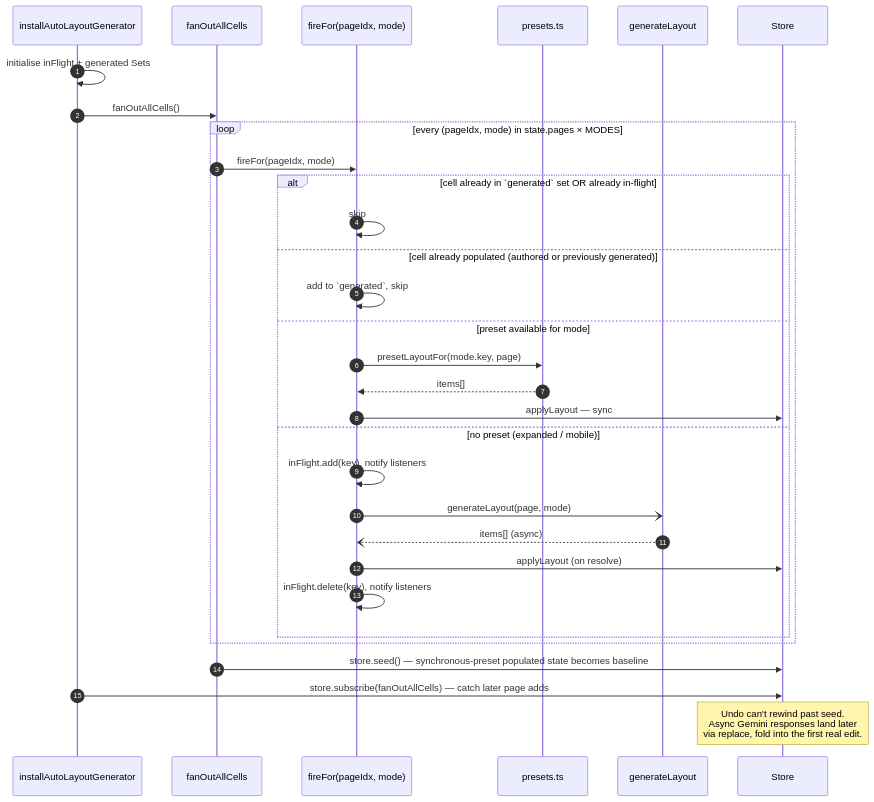
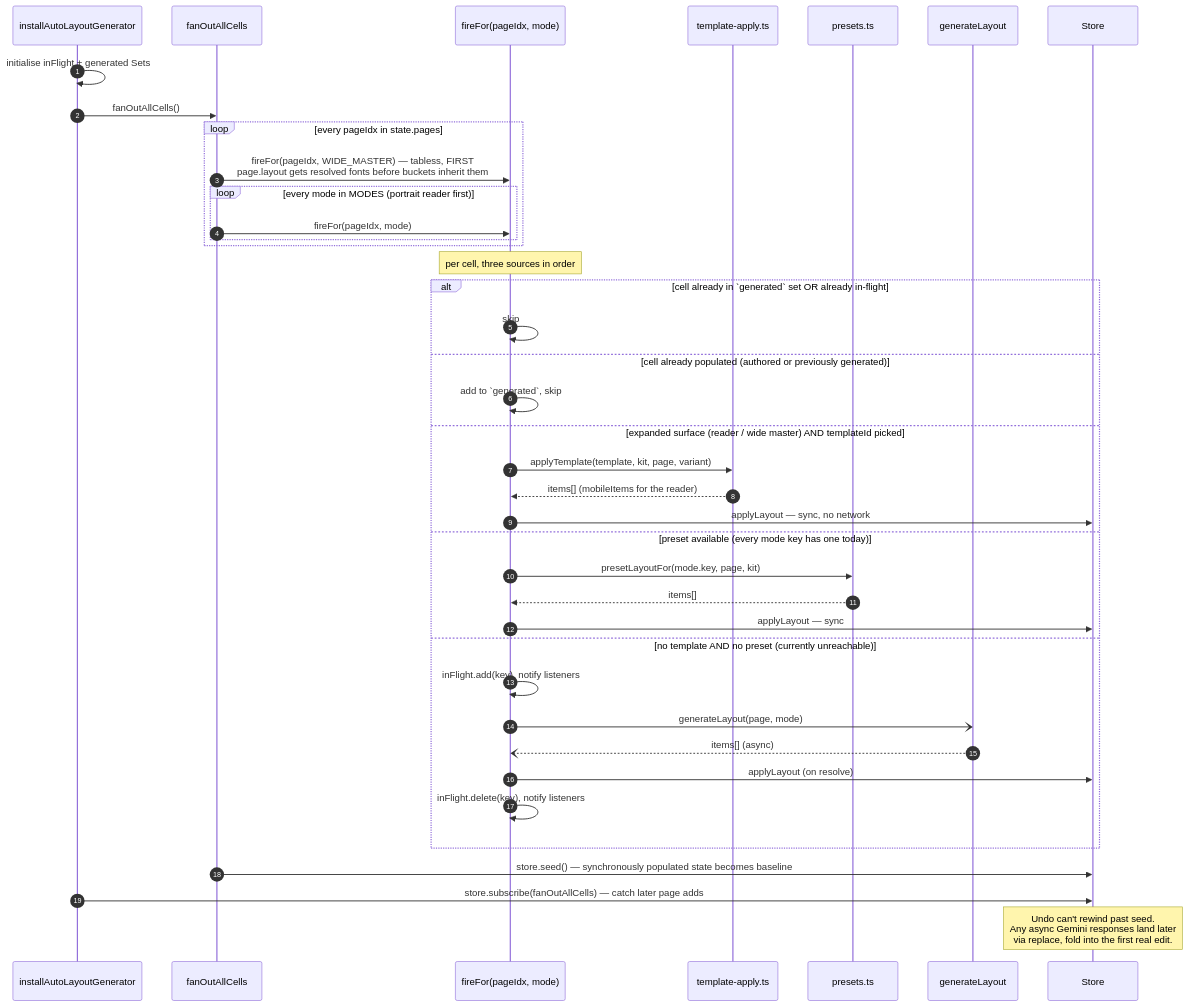
One commit to promovolve/promovolve changed the fifth of 6 diagrams in platform/creative-designer/FLOWS.md. Above: the diagram before and after it, drawn with Mermaid. The commit also changed other lines of this file and 18 other files, not shown here.

````diff
--- a/platform/creative-designer/FLOWS.md
+++ b/platform/creative-designer/FLOWS.md
@@ -191,34 +197,43 @@
 ```mermaid
 sequenceDiagram
     autonumber
     participant Boot as installAutoLayoutGenerator
     participant Fanout as fanOutAllCells
     participant Cell as fireFor(pageIdx, mode)
+    participant Templates as template-apply.ts
     participant Presets as presets.ts
     participant Gemini as generateLayout
     participant Store
 
     Boot->>Boot: initialise inFlight + generated Sets
     Boot->>Fanout: fanOutAllCells()
-    loop every (pageIdx, mode) in state.pages × MODES
-        Fanout->>Cell: fireFor(pageIdx, mode)
-        alt cell already in `generated` set OR already in-flight
-            Cell->>Cell: skip
-        else cell already populated (authored or previously generated)
-            Cell->>Cell: add to `generated`, skip
-        else preset available for mode
-            Cell->>Presets: presetLayoutFor(mode.key, page)
-            Presets-->>Cell: items[]
-            Cell->>Store: applyLayout — sync
-        else no preset (expanded / mobile)
-            Cell->>Cell: inFlight.add(key), notify listeners
-            Cell-)Gemini: generateLayout(page, mode)
-            Gemini--)Cell: items[] (async)
-            Cell->>Store: applyLayout (on resolve)
-            Cell->>Cell: inFlight.delete(key), notify listeners
+    loop every pageIdx in state.pages
+        Fanout->>Cell: fireFor(pageIdx, WIDE_MASTER) — tabless, FIRST<br/>page.layout gets resolved fonts before buckets inherit them
+        loop every mode in MODES (portrait reader first)
+            Fanout->>Cell: fireFor(pageIdx, mode)
         end
     end
-    Fanout->>Store: store.seed() — synchronous-preset populated state becomes baseline
+    Note over Cell: per cell, three sources in order
+    alt cell already in `generated` set OR already in-flight
+        Cell->>Cell: skip
+    else cell already populated (authored or previously generated)
+        Cell->>Cell: add to `generated`, skip
+    else expanded surface (reader / wide master) AND templateId picked
+        Cell->>Templates: applyTemplate(template, kit, page, variant)
+        Templates-->>Cell: items[] (mobileItems for the reader)
+        Cell->>Store: applyLayout — sync, no network
+    else preset available (every mode key has one today)
+        Cell->>Presets: presetLayoutFor(mode.key, page, kit)
+        Presets-->>Cell: items[]
+        Cell->>Store: applyLayout — sync
+    else no template AND no preset (currently unreachable)
+        Cell->>Cell: inFlight.add(key), notify listeners
+        Cell-)Gemini: generateLayout(page, mode)
+        Gemini--)Cell: items[] (async)
+        Cell->>Store: applyLayout (on resolve)
+        Cell->>Cell: inFlight.delete(key), notify listeners
+    end
+    Fanout->>Store: store.seed() — synchronously populated state becomes baseline
     Boot->>Store: store.subscribe(fanOutAllCells) — catch later page adds
-    Note over Store: Undo can't rewind past seed.<br/>Async Gemini responses land later<br/>via replace, fold into the first real edit.
+    Note over Store: Undo can't rewind past seed.<br/>Any async Gemini responses land later<br/>via replace, fold into the first real edit.
 ```
````
